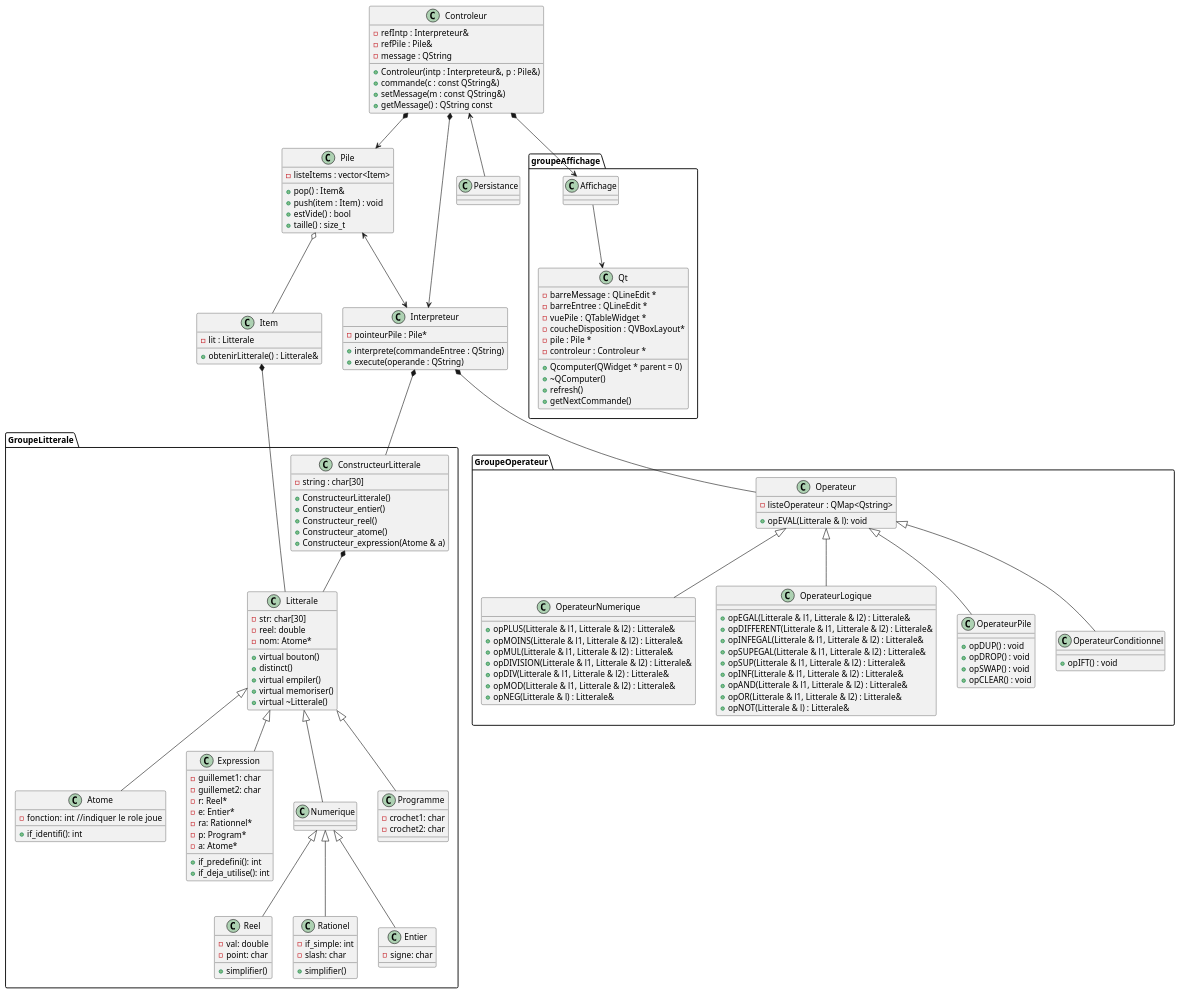
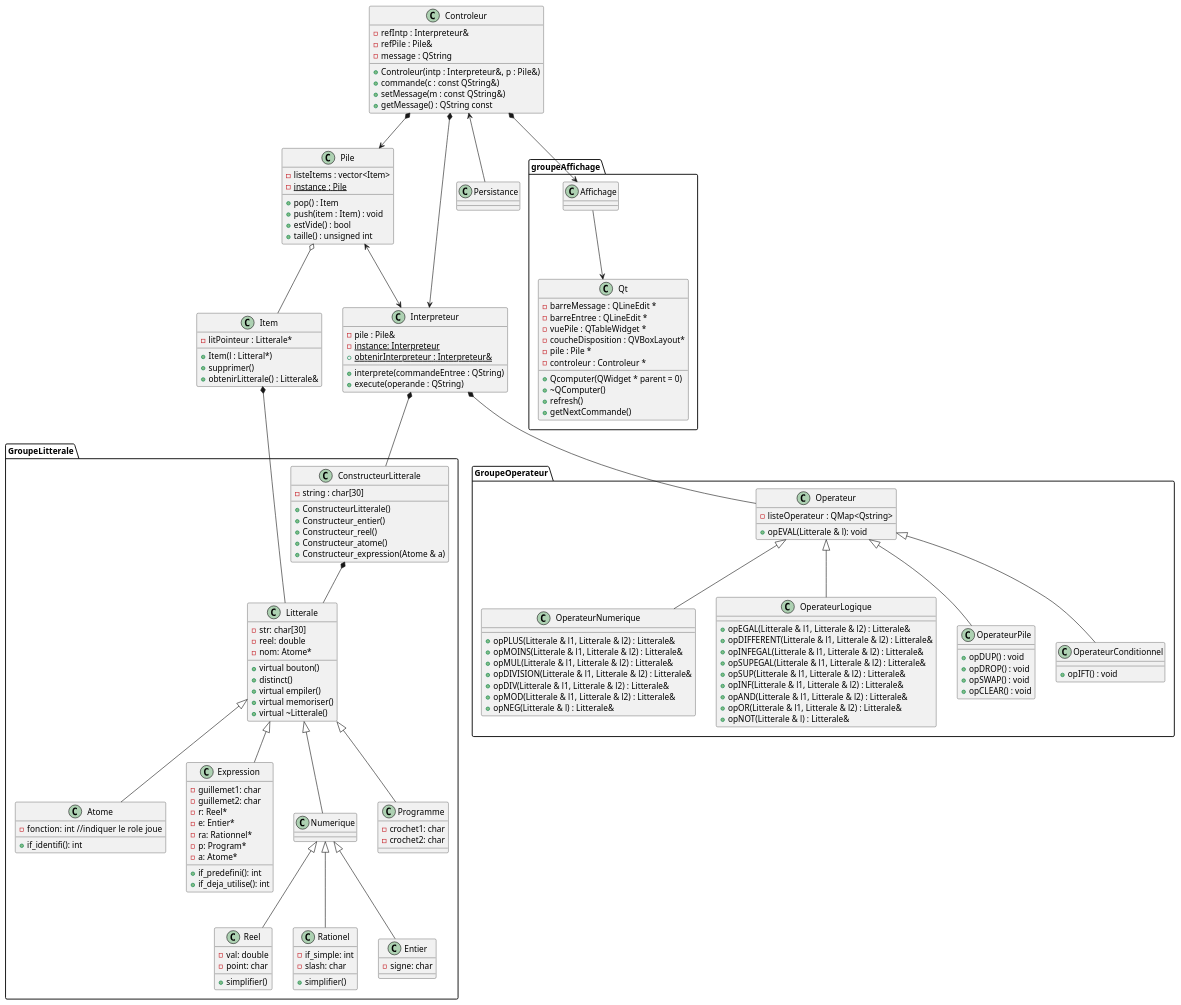
Before and after one commit to LouisJeanneau/LO21-Projet-CompUT: the diagram in UML.puml, drawn with PlantUML. The commit also changed 1 other file, not shown here.

Commit message:
PlantUML mise à jour pour Louis

```diff
--- a/UML.puml
+++ b/UML.puml
@@ -77,7 +77,9 @@
 
 
 Class Item{
-    -lit : Litterale
+    -litPointeur : Litterale*
+    +Item(l : Litteral*)
+    +supprimer()
     +obtenirLitterale() : Litterale&
 }
 
@@ -130,19 +132,22 @@
 
 Class Pile{
     -listeItems : vector<Item>
-    +pop() : Item&
+    -{static} instance : Pile
+    +pop() : Item
     +push(item : Item) : void
     +estVide() : bool
-    +taille() : size_t
+    +taille() : unsigned int
 
 
 
 }
 
 Class Interpreteur{
-    -pointeurPile : Pile*
+    -pile : Pile&
+    -{static} instance: Interpreteur
     +interprete(commandeEntree : QString)
     +execute(operande : QString)
+    +{static} obtenirInterpreteur : Interpreteur&
 }
 
 Class Controleur{
```
